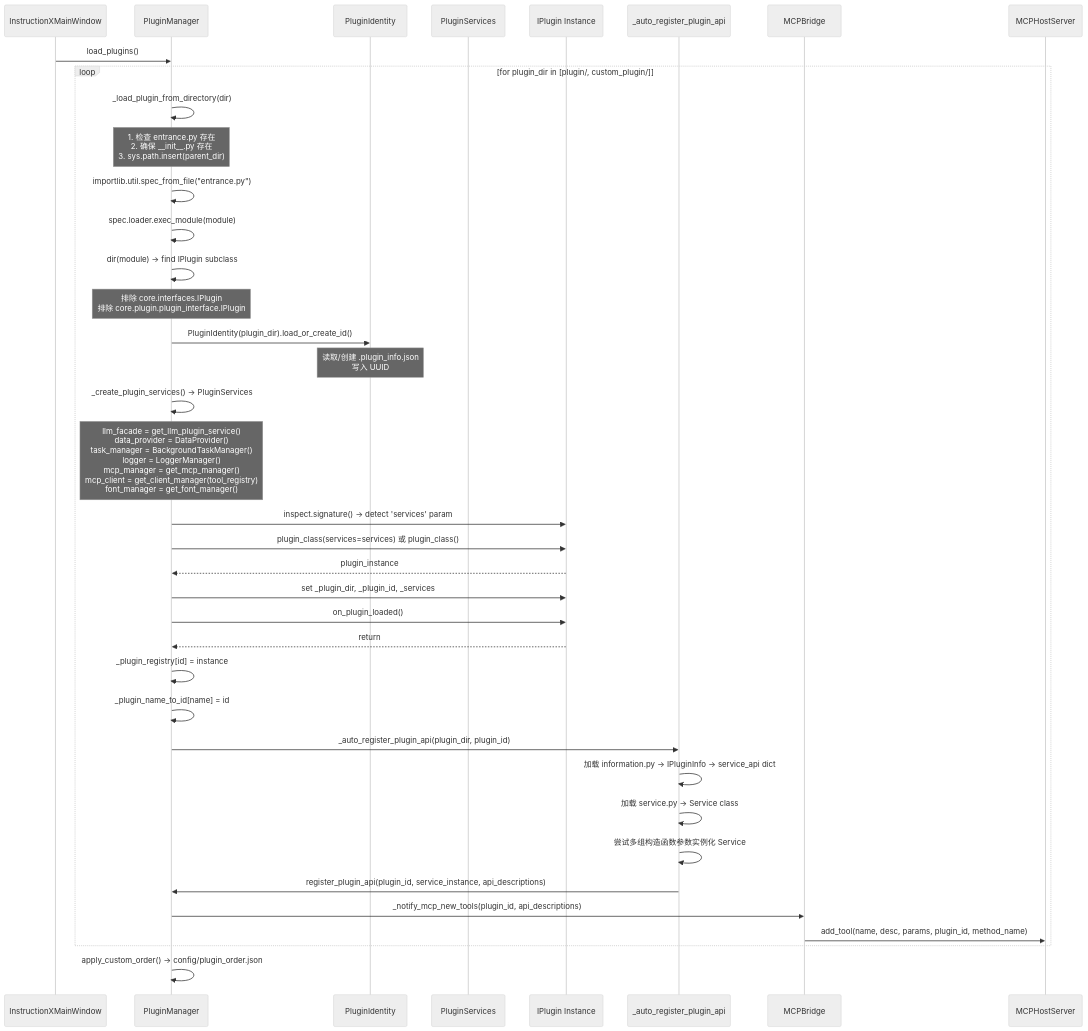
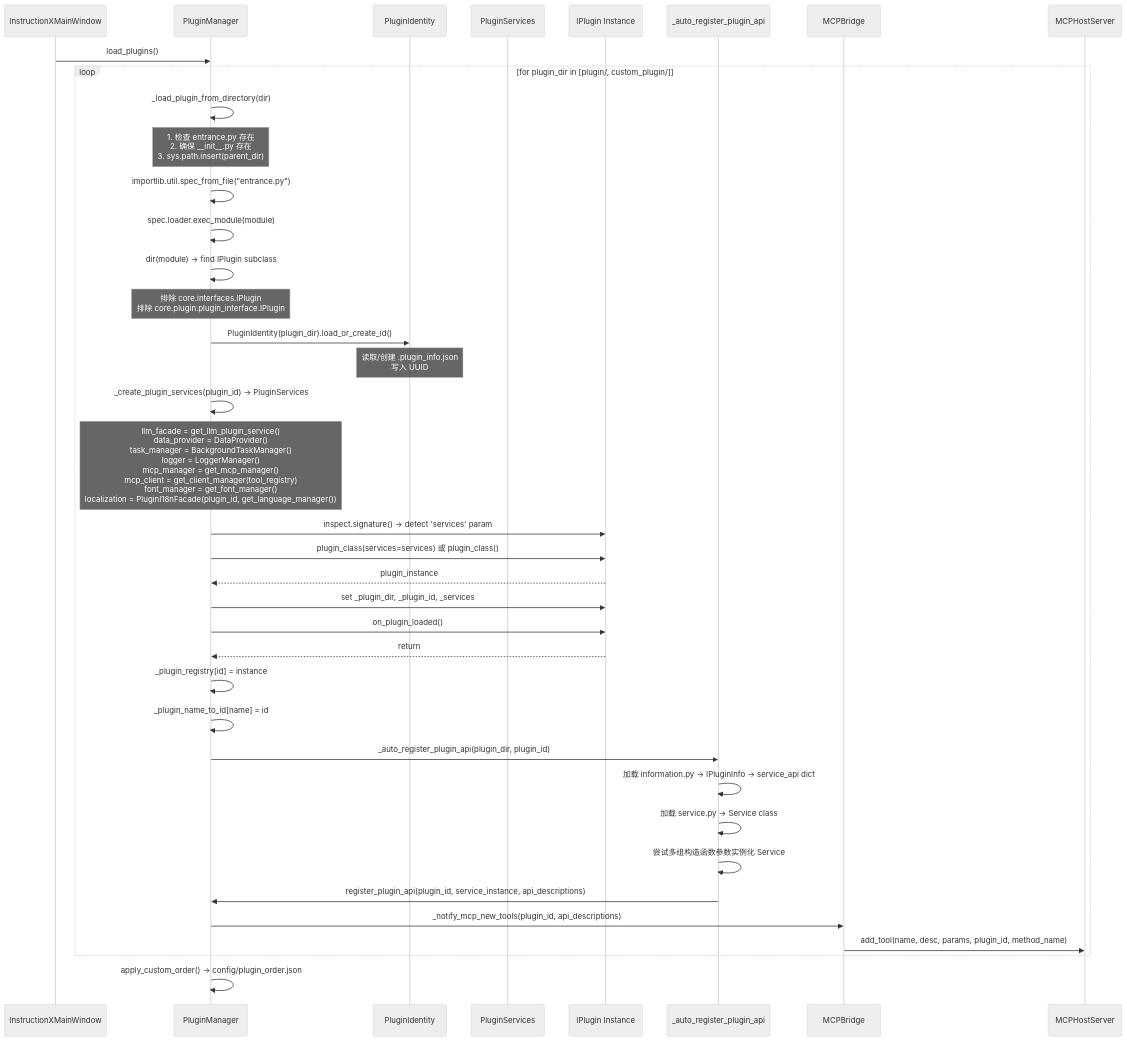
Before and after one commit to KKPIP-Tech/InstructionX: the second of 4 diagrams in docs/architecture/instructionx-architecture.md, drawn with Mermaid (neutral theme). The commit also changed other lines of this file and 26 other files, not shown here.

````diff
--- a/docs/architecture/instructionx-architecture.md
+++ b/docs/architecture/instructionx-architecture.md
@@ -203,48 +203,48 @@
 ```mermaid
 sequenceDiagram
     participant MW as InstructionXMainWindow
     participant PM as PluginManager
     participant PID as PluginIdentity
     participant PS as PluginServices
     participant PL as IPlugin Instance
     participant Auto as _auto_register_plugin_api
     participant BRIDGE as MCPBridge
     participant MCPH as MCPHostServer
 
     MW->>PM: load_plugins()
     loop for plugin_dir in [plugin/, custom_plugin/]
         PM->>PM: _load_plugin_from_directory(dir)
         Note over PM: 1. 检查 entrance.py 存在<br/>2. 确保 __init__.py 存在<br/>3. sys.path.insert(parent_dir)
 
         PM->>PM: importlib.util.spec_from_file("entrance.py")
         PM->>PM: spec.loader.exec_module(module)
         PM->>PM: dir(module) → find IPlugin subclass
         Note over PM: 排除 core.interfaces.IPlugin<br/>排除 core.plugin.plugin_interface.IPlugin
 
         PM->>PID: PluginIdentity(plugin_dir).load_or_create_id()
         Note over PID: 读取/创建 .plugin_info.json<br/>写入 UUID
 
-        PM->>PM: _create_plugin_services() → PluginServices
-        Note over PM: llm_facade = get_llm_plugin_service()<br/>data_provider = DataProvider()<br/>task_manager = BackgroundTaskManager()<br/>logger = LoggerManager()<br/>mcp_manager = get_mcp_manager()<br/>mcp_client = get_client_manager(tool_registry)<br/>font_manager = get_font_manager()
+        PM->>PM: _create_plugin_services(plugin_id) → PluginServices
+        Note over PM: llm_facade = get_llm_plugin_service()<br/>data_provider = DataProvider()<br/>task_manager = BackgroundTaskManager()<br/>logger = LoggerManager()<br/>mcp_manager = get_mcp_manager()<br/>mcp_client = get_client_manager(tool_registry)<br/>font_manager = get_font_manager()<br/>localization = PluginI18nFacade(plugin_id, get_language_manager())
 
         PM->>PL: inspect.signature() → detect 'services' param
         PM->>PL: plugin_class(services=services) 或 plugin_class()
         PL-->>PM: plugin_instance
 
         PM->>PL: set _plugin_dir, _plugin_id, _services
         PM->>PL: on_plugin_loaded()
         PL-->>PM: return
 
         PM->>PM: _plugin_registry[id] = instance
         PM->>PM: _plugin_name_to_id[name] = id
 
         PM->>Auto: _auto_register_plugin_api(plugin_dir, plugin_id)
         Auto->>Auto: 加载 information.py → IPluginInfo → service_api dict
         Auto->>Auto: 加载 service.py → Service class
         Auto->>Auto: 尝试多组构造函数参数实例化 Service
         Auto->>PM: register_plugin_api(plugin_id, service_instance, api_descriptions)
         PM->>BRIDGE: _notify_mcp_new_tools(plugin_id, api_descriptions)
         BRIDGE->>MCPH: add_tool(name, desc, params, plugin_id, method_name)
     end
     PM->>PM: apply_custom_order() → config/plugin_order.json
 ```
````
